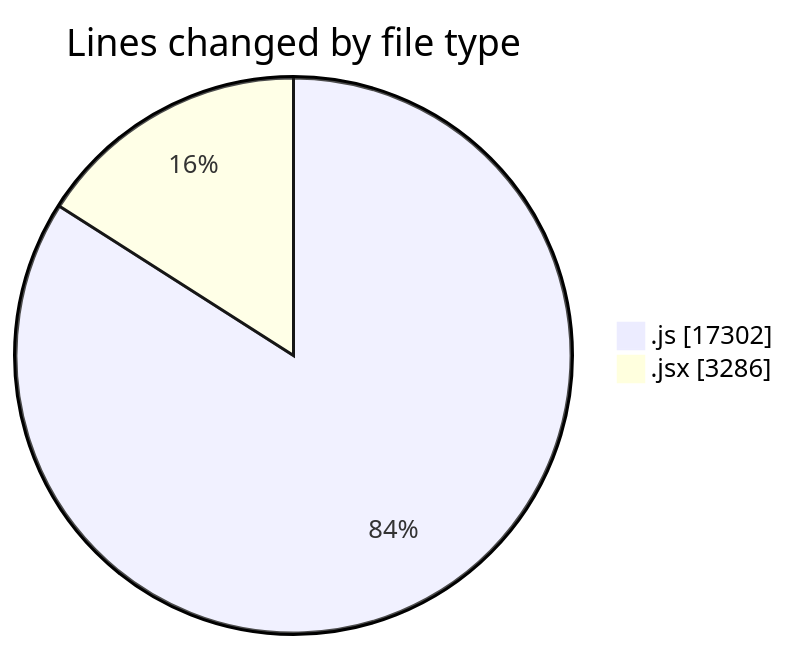
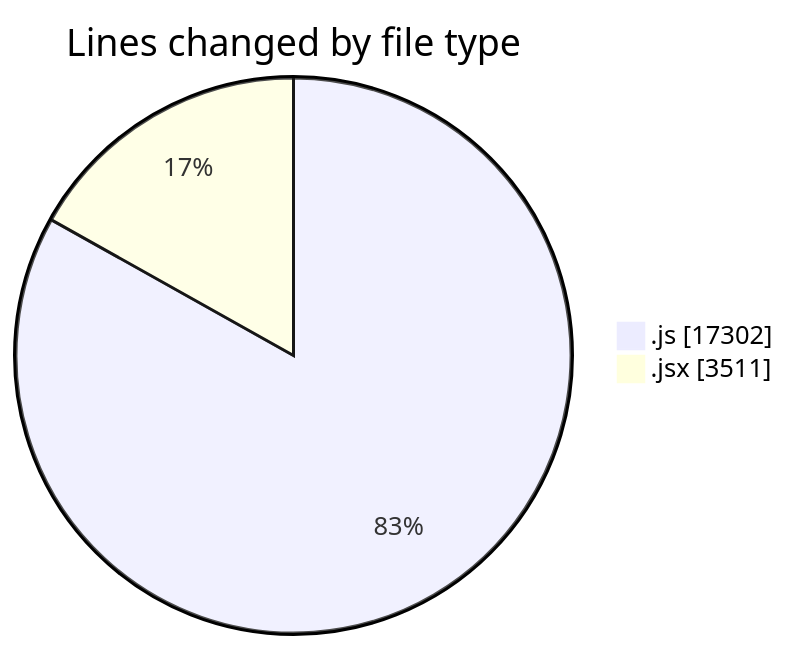
The first of 2 diagrams in 2025-09-26/nxtqube_webapp/README.md (nxtqubesakshisongat/code-tracking), drawn with Mermaid before and after one commit. The commit also changed other lines of this file and 1 other file, not shown here.

````diff
--- a/2025-09-26/nxtqube_webapp/README.md
+++ b/2025-09-26/nxtqube_webapp/README.md
@@ -27,6 +27,6 @@
 ```mermaid
 pie showData
 title Lines changed by file type
 ".js" : 17302
-".jsx" : 3286
+".jsx" : 3511
 ```
````
